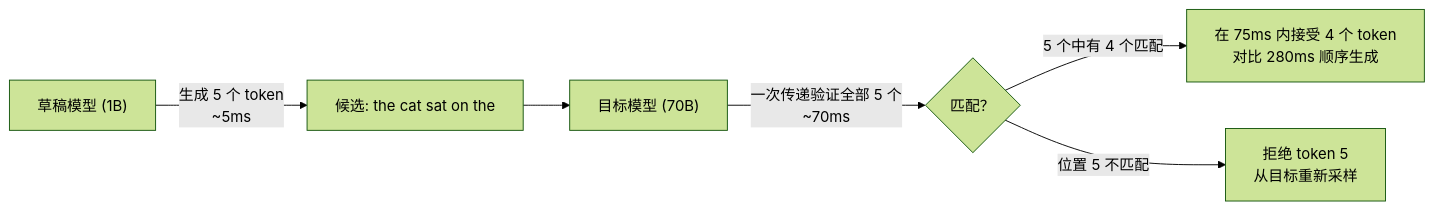
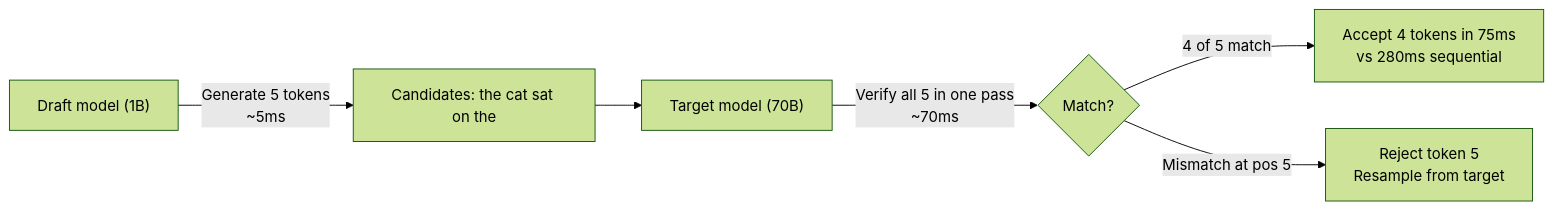
Before and after one commit to xiaojiaenen/ai-engineering-from-scratch-zh: the fifth of 5 diagrams in i18n/zh/phases/10-llms-from-scratch/12-inference-optimization/docs/zh.md, drawn with Mermaid (forest theme). The commit also changed other lines of this file and 24 other files, not shown here.

````diff
--- a/i18n/zh/phases/10-llms-from-scratch/12-inference-optimization/docs/zh.md
+++ b/i18n/zh/phases/10-llms-from-scratch/12-inference-optimization/docs/zh.md
@@ -163,8 +163,8 @@
 ```mermaid
 graph LR
-    D["草稿模型 (1B)"] -->|"生成 5 个 token<br/>~5ms"| C["候选: the cat sat on the"]
-    C --> T["目标模型 (70B)"]
-    T -->|"一次传递验证全部 5 个<br/>~70ms"| V{"匹配？"}
-    V -->|"5 个中有 4 个匹配"| A["在 75ms 内接受 4 个 token<br/>对比 280ms 顺序生成"]
-    V -->|"位置 5 不匹配"| R["拒绝 token 5<br/>从目标重新采样"]
+    D["Draft model (1B)"] -->|"Generate 5 tokens<br/>~5ms"| C["Candidates: the cat sat on the"]
+    C --> T["Target model (70B)"]
+    T -->|"Verify all 5 in one pass<br/>~70ms"| V{"Match?"}
+    V -->|"4 of 5 match"| A["Accept 4 tokens in 75ms<br/>vs 280ms sequential"]
+    V -->|"Mismatch at pos 5"| R["Reject token 5<br/>Resample from target"]
 ```
````
